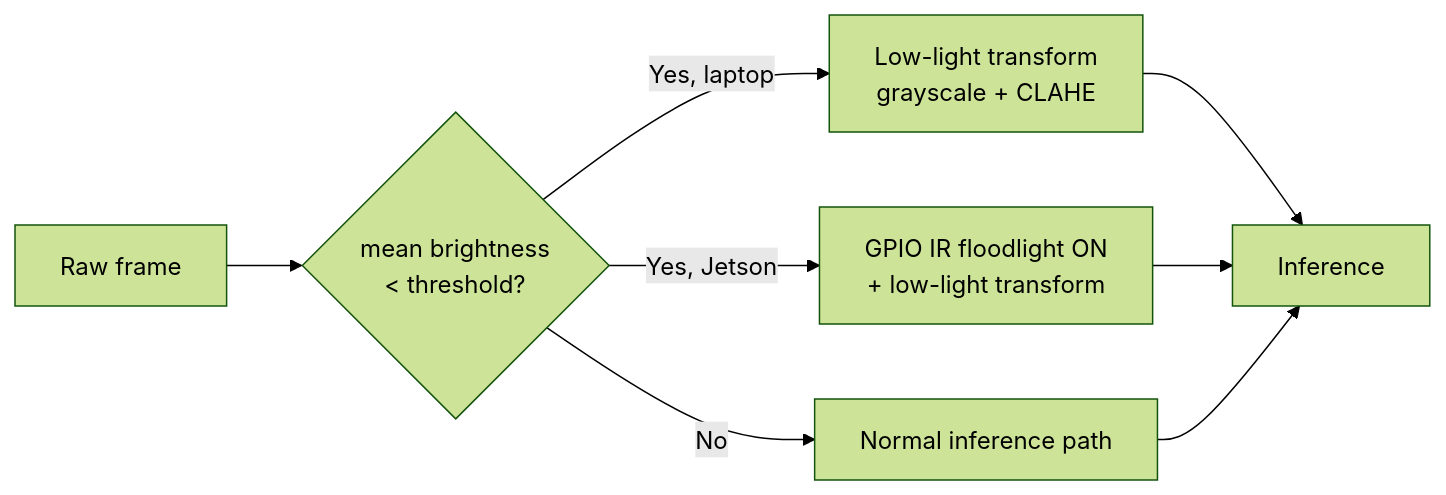
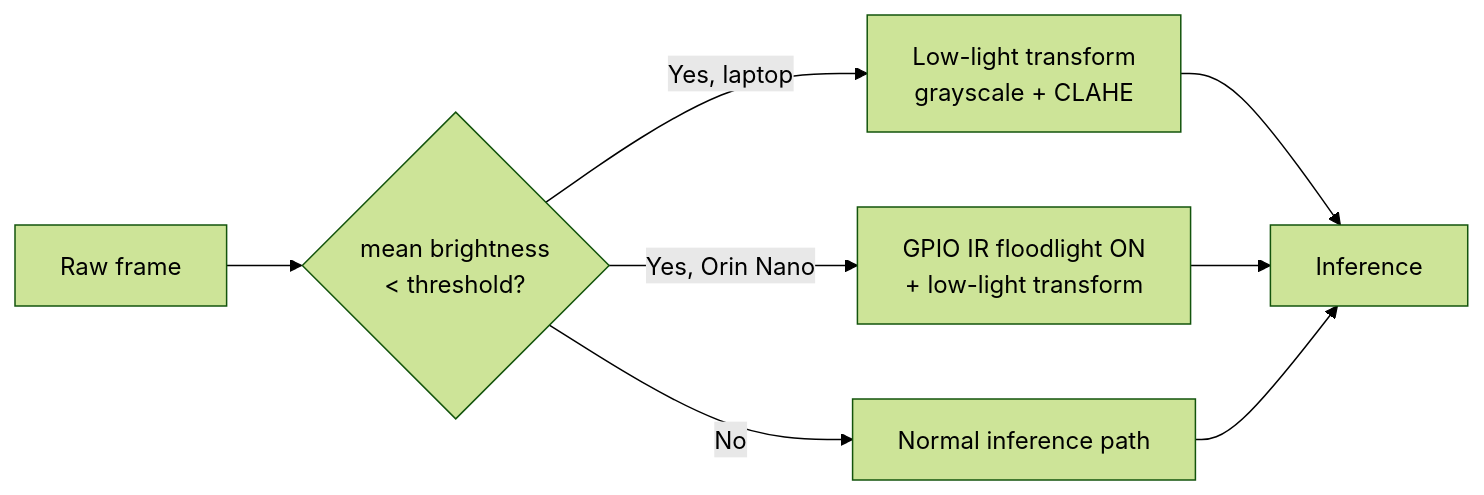
Before and after one commit to afonsocosta90/CatBowlWatch: the fourth of 4 diagrams in docs/ARCHITECTURE.md, drawn with Mermaid (forest theme). The commit also changed other lines of this file and 3 other files, not shown here.

````diff
--- a/docs/ARCHITECTURE.md
+++ b/docs/ARCHITECTURE.md
@@ -216,10 +216,10 @@
 ```mermaid
 flowchart LR
     FRAME["Raw frame"] --> BRIGHT{"mean brightness<br/>< threshold?"}
     BRIGHT -->|No| NORM["Normal inference path"]
     BRIGHT -->|Yes, laptop| IRSIM["Low-light transform<br/>grayscale + CLAHE"]
-    BRIGHT -->|Yes, Jetson| GPIO["GPIO IR floodlight ON<br/>+ low-light transform"]
+    BRIGHT -->|Yes, Orin Nano| GPIO["GPIO IR floodlight ON<br/>+ low-light transform"]
     IRSIM --> INF["Inference"]
     GPIO --> INF
     NORM --> INF
 ```
````
